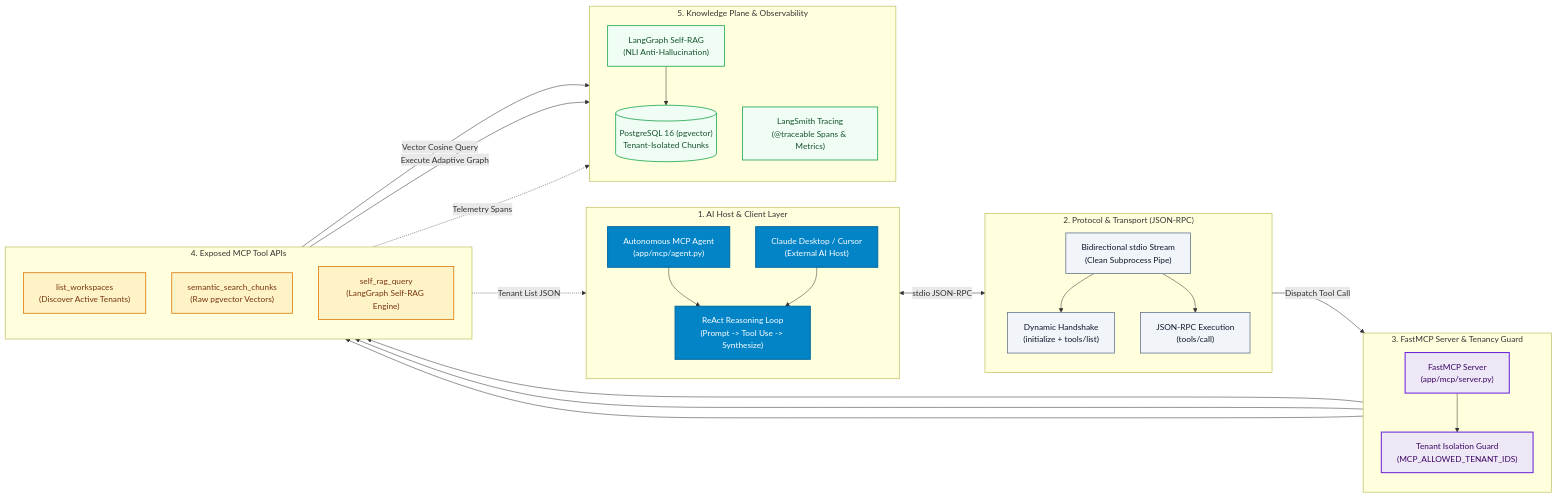
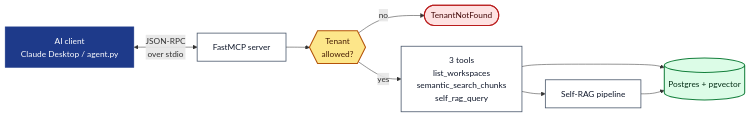
Before and after one commit to Devisri-B/Multi-Tenant-SaaS-Platform-with-an-AI-Product-Assistant: the second of 2 diagrams in README.md, drawn with Mermaid. The commit also changed other lines of this file and 5 other files, not shown here.

````diff
--- a/README.md
+++ b/README.md
@@ -112,67 +71,22 @@
 ```mermaid
+%%{init: {"flowchart": {"nodeSpacing": 40, "rankSpacing": 45, "curve": "basis"}, "themeVariables": {"fontSize": "16px"}}}%%
 flowchart LR
-    %% Model Context Protocol (MCP) Architecture (Landscape Interview View)
+    C["AI client<br/>Claude Desktop / agent.py"] <-- "JSON-RPC<br/>over stdio" --> S["FastMCP server"]
+    S --> G{{"Tenant<br/>allowed?"}}
+    G -- no --> E(["TenantNotFound"])
+    G -- yes --> T["3 tools<br/>list_workspaces<br/>semantic_search_chunks<br/>self_rag_query"]
+    T --> P["Self-RAG pipeline"]
+    T --> DB[("Postgres + pgvector")]
+    P --> DB
 
-    subgraph Clients ["1. AI Host & Client Layer"]
-        direction TB
-        AgentCLI["Autonomous MCP Agent<br/>(app/mcp/agent.py)"]
-        IDE["Claude Desktop / Cursor<br/>(External AI Host)"]
-        ReActLoop["ReAct Reasoning Loop<br/>(Prompt -> Tool Use -> Synthesize)"]
-        AgentCLI --> ReActLoop
-        IDE --> ReActLoop
-    end
-
-    subgraph Protocol ["2. Protocol & Transport (JSON-RPC)"]
-        direction TB
-        StdioPipe["Bidirectional stdio Stream<br/>(Clean Subprocess Pipe)"]
-        Handshake["Dynamic Handshake<br/>(initialize + tools/list)"]
-        ToolCall["JSON-RPC Execution<br/>(tools/call)"]
-        StdioPipe --> Handshake
-        StdioPipe --> ToolCall
-    end
-
-    subgraph Server ["3. FastMCP Server & Tenancy Guard"]
-        direction TB
-        MCPEngine["FastMCP Server<br/>(app/mcp/server.py)"]
-        TenantGuard["Tenant Isolation Guard<br/>(MCP_ALLOWED_TENANT_IDS)"]
-        MCPEngine --> TenantGuard
-    end
-
-    subgraph Tools ["4. Exposed MCP Tool APIs"]
-        direction TB
-        T1["list_workspaces<br/>(Discover Active Tenants)"]
-        T2["semantic_search_chunks<br/>(Raw pgvector Vectors)"]
-        T3["self_rag_query<br/>(LangGraph Self-RAG Engine)"]
-    end
-
-    subgraph Backends ["5. Knowledge Plane & Observability"]
-        direction TB
-        PGVector[("PostgreSQL 16 (pgvector)<br/>Tenant-Isolated Chunks")]
-        LangGraphPipe["LangGraph Self-RAG<br/>(NLI Anti-Hallucination)"]
-        LangSmithTrace["LangSmith Tracing<br/>(@traceable Spans & Metrics)"]
-    end
-
-    %% Flow connections (Left to Right)
-    ReActLoop <-->|"stdio JSON-RPC"| StdioPipe
-    ToolCall -->|"Dispatch Tool Call"| MCPEngine
-    TenantGuard --> T1 & T2 & T3
-    
-    T1 -. "Tenant List JSON" .-> ReActLoop
-    T2 -->|"Vector Cosine Query"| PGVector
-    T3 -->|"Execute Adaptive Graph"| LangGraphPipe
-    LangGraphPipe --> PGVector
-    T3 -. "Telemetry Spans" .-> LangSmithTrace
-
-    %% Styling
-    classDef clientNode fill:#0284c7,stroke:#0369a1,color:#ffffff,stroke-width:2px;
-    classDef protoNode fill:#f1f5f9,stroke:#64748b,color:#0f172a,stroke-width:1.5px;
-    classDef serverNode fill:#ede7f6,stroke:#6d28d9,color:#3b0764,stroke-width:2px;
-    classDef toolNode fill:#fef3c7,stroke:#d97706,color:#78350f,stroke-width:1.5px;
-    classDef dataNode fill:#f0fdf4,stroke:#16a34a,color:#14532d,stroke-width:1.5px;
-
-    class AgentCLI,IDE,ReActLoop clientNode;
-    class StdioPipe,Handshake,ToolCall protoNode;
-    class MCPEngine,TenantGuard serverNode;
-    class T1,T2,T3 toolNode;
-    class PGVector,LangGraphPipe,LangSmithTrace dataNode;
+    classDef io fill:#1e3a8a,stroke:#1e3a8a,color:#ffffff
+    classDef step fill:#ffffff,stroke:#475569,color:#0f172a,stroke-width:1.5px
+    classDef guard fill:#fde68a,stroke:#b45309,color:#451a03,stroke-width:2px
+    classDef bad fill:#fee2e2,stroke:#b91c1c,color:#450a0a,stroke-width:2px
+    classDef data fill:#dcfce7,stroke:#15803d,color:#052e16,stroke-width:2px
+    class C io
+    class S,T,P step
+    class G guard
+    class E bad
+    class DB data
 ```
````
